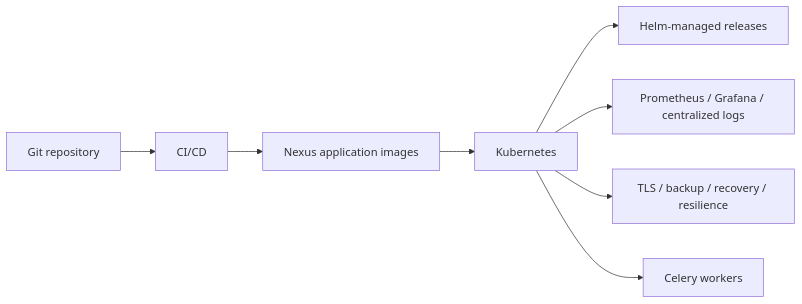
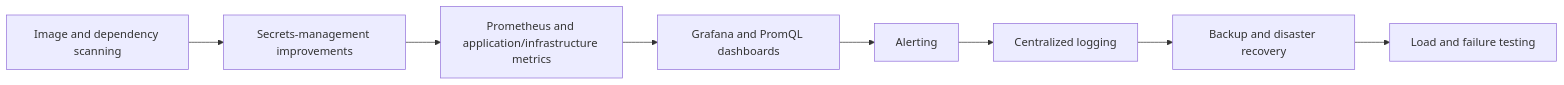
The second of 2 diagrams in docs/architecture.md (Mamaarsh/cloud-native-inventory-platform), drawn with Mermaid before and after one commit. The commit also changed other lines of this file and 5 other files, not shown here.

````diff
--- a/docs/architecture.md
+++ b/docs/architecture.md
@@ -205,10 +297,10 @@
 ```mermaid
 flowchart LR
-    Git[Git repository] --> CI[CI/CD]
-    CI --> Registry[Nexus application images]
-    Registry --> K8s[Kubernetes]
-    K8s --> Helm[Helm-managed releases]
-    K8s --> Obs[Prometheus / Grafana / centralized logs]
-    K8s --> Ops[TLS / backup / recovery / resilience]
-    K8s --> Workers[Celery workers]
+    Scan[Image and dependency scanning] --> Secrets[Secrets-management improvements]
+    Secrets --> Metrics[Prometheus and application/infrastructure metrics]
+    Metrics --> Dashboards[Grafana and PromQL dashboards]
+    Dashboards --> Alerts[Alerting]
+    Alerts --> Logs[Centralized logging]
+    Logs --> Recovery[Backup and disaster recovery]
+    Recovery --> Testing[Load and failure testing]
 ```
````
